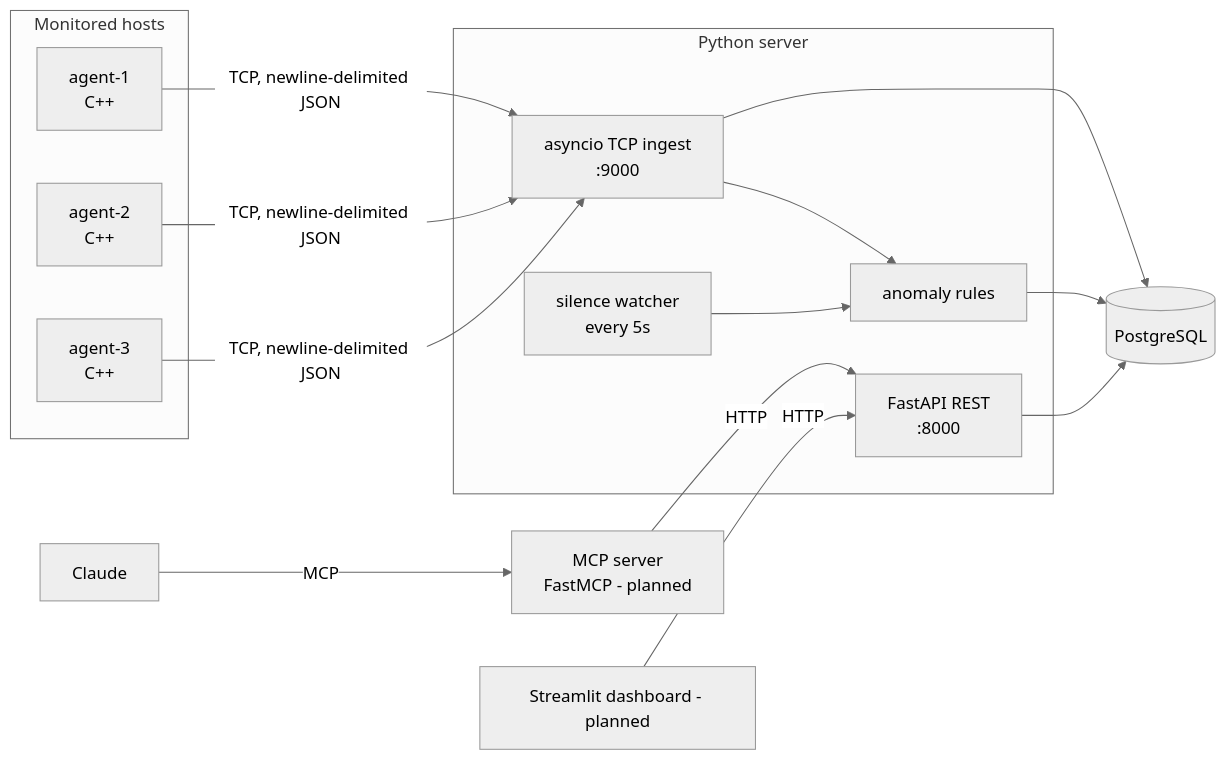
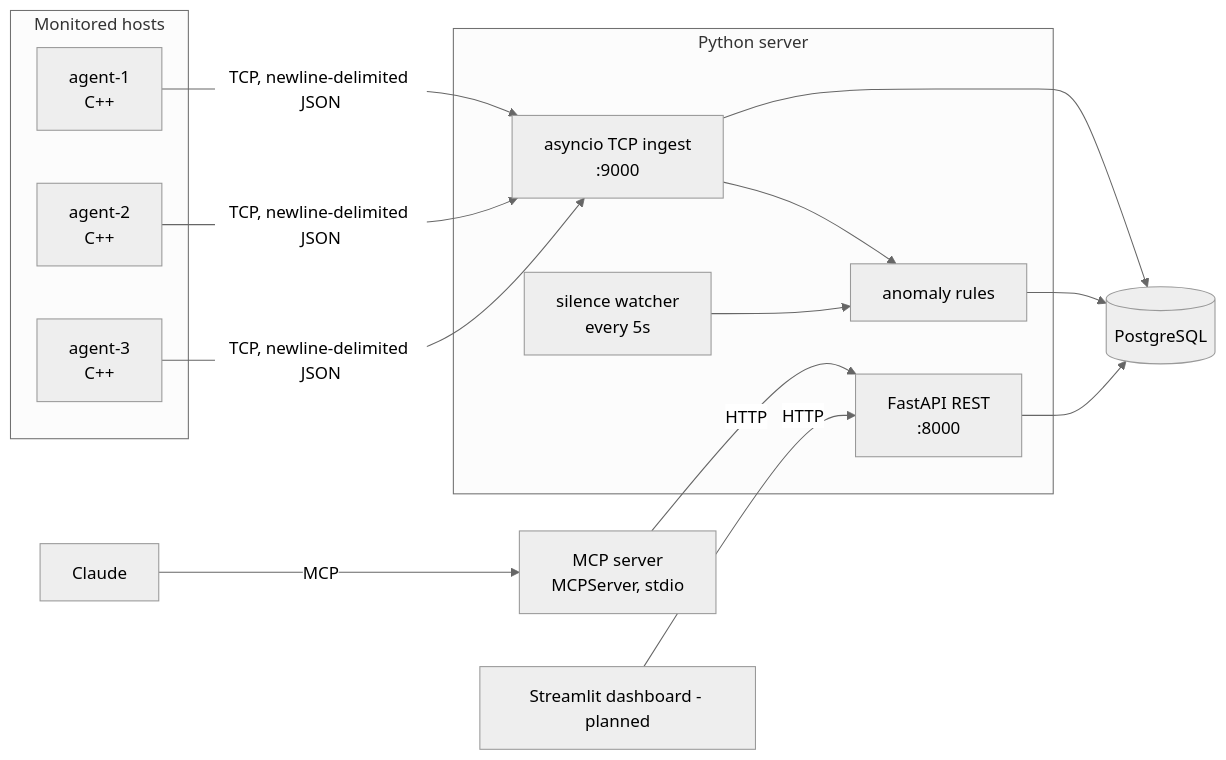
The first of 6 diagrams in docs/architecture.md (shuvat/syspulse), drawn with Mermaid (neutral theme) before and after one commit. The commit also changed other lines of this file and 4 other files, not shown here.

Commit message:
Register MCP server for Claude Code and update docs for Day 4

````diff
--- a/docs/architecture.md
+++ b/docs/architecture.md
@@ -11,29 +11,29 @@
 ```mermaid
 flowchart LR
     subgraph hosts[Monitored hosts]
         A1[agent-1<br/>C++]
         A2[agent-2<br/>C++]
         A3[agent-3<br/>C++]
     end
 
     subgraph server[Python server]
         I[asyncio TCP ingest<br/>:9000]
         API[FastAPI REST<br/>:8000]
         AN[anomaly rules]
         W[silence watcher<br/>every 5s]
     end
 
     DB[(PostgreSQL)]
-    MCP[MCP server<br/>FastMCP - planned]
+    MCP[MCP server<br/>MCPServer, stdio]
     DASH[Streamlit dashboard - planned]
     LLM[Claude]
 
     A1 & A2 & A3 -- "TCP, newline-delimited JSON" --> I
     I --> DB
     I --> AN --> DB
     W --> AN
     API --> DB
     MCP -- HTTP --> API
     DASH -- HTTP --> API
     LLM -- MCP --> MCP
 ```
````
